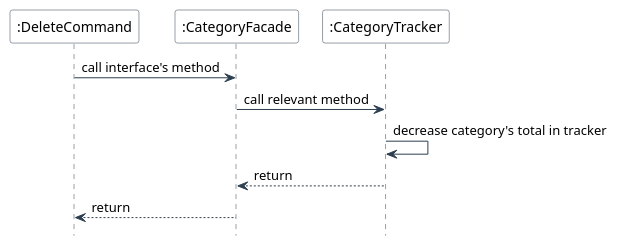
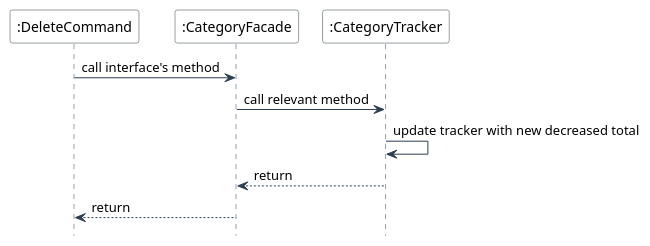
Before and after one commit to nus-cs2113-AY2425S1/tp: the diagram in docs/diagrams/plantuml/CategoryFacade Delete SequenceUML.puml, drawn with PlantUML. The commit also changed 5 other files, not shown here.

Commit message:
Update category sequence UMLs for Add, Delete, Edit

```diff
--- a/docs/diagrams/plantuml/CategoryFacade Delete SequenceUML.puml
+++ b/docs/diagrams/plantuml/CategoryFacade Delete SequenceUML.puml
@@ -1,22 +1,22 @@
 @startuml
 skinparam backgroundColor #FFFFFF
 skinparam sequence {
     ArrowColor #2C3E50
     LifeLineBorderColor #2C3E50
     ParticipantBorderColor #2C3E50
     ParticipantBackgroundColor #FFFFFF
 }
 hide footbox
 
 participant ":DeleteCommand" as DC
 participant ":CategoryFacade" as CF
 participant ":CategoryTracker" as CT
 ' participant ":CategoryData" as CD
 
 DC -> CF: call interface's method
 CF -> CT: call relevant method
-CT -> CT: decrease category's total in tracker
+CT -> CT: update tracker with new decreased total
 CT --> CF: return
 CF --> DC: return
 
 @enduml
```
